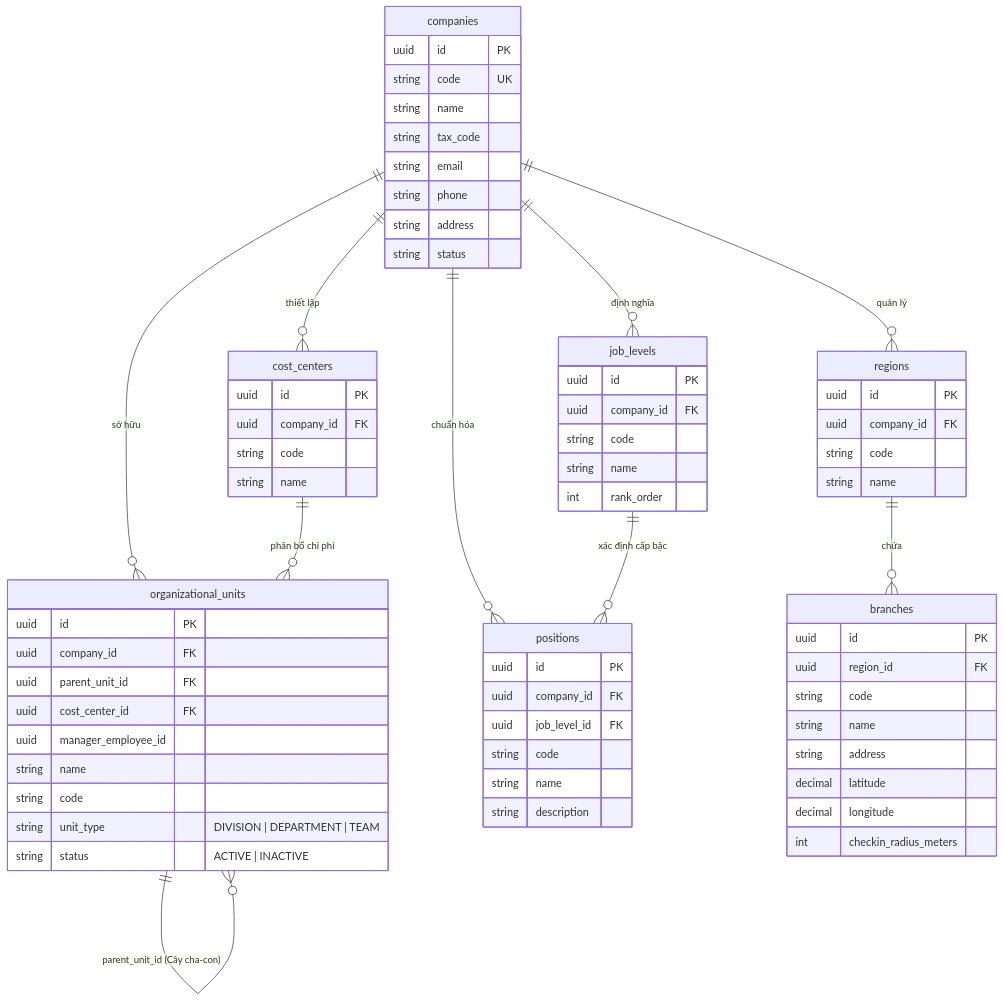
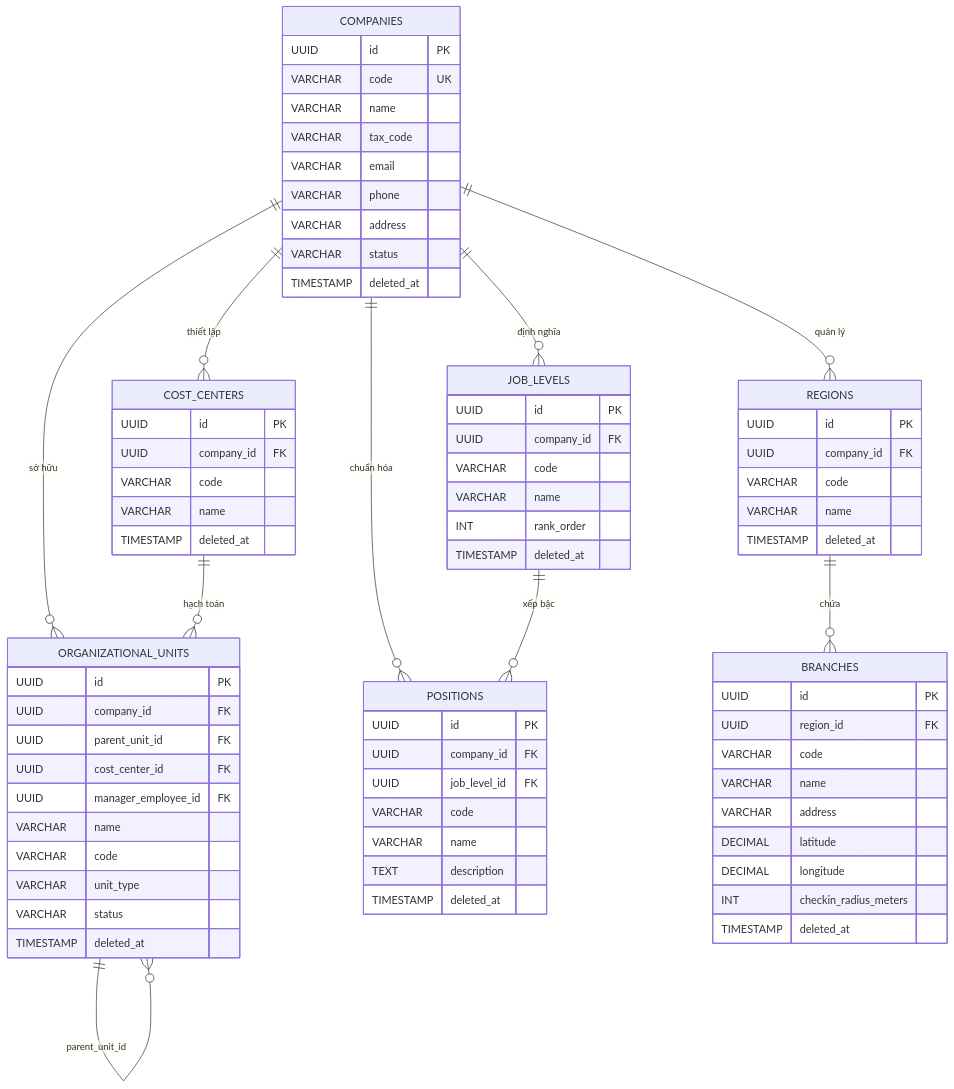
One commit to henruysun2511/cyclosa_backend changed the first of 2 diagrams in docs/ba/co-cau-to-chuc.md. Above: the diagram before and after it, drawn with Mermaid. The commit also changed other lines of this file and 986 other files, not shown here.

````diff
--- a/docs/ba/co-cau-to-chuc.md
+++ b/docs/ba/co-cau-to-chuc.md
@@ -80,80 +67,84 @@
 ```mermaid
 erDiagram
-    companies ||--o{ organizational_units : "sở hữu"
-    companies ||--o{ regions : "quản lý"
-    companies ||--o{ cost_centers : "thiết lập"
-    companies ||--o{ job_levels : "định nghĩa"
-    companies ||--o{ positions : "chuẩn hóa"
-    
-    regions ||--o{ branches : "chứa"
-    
-    organizational_units ||--o{ organizational_units : "parent_unit_id (Cây cha-con)"
-    cost_centers ||--o{ organizational_units : "phân bổ chi phí"
-    
-    job_levels ||--o{ positions : "xác định cấp bậc"
-    
-    organizational_units {
-        uuid id PK
-        uuid company_id FK
-        uuid parent_unit_id FK
-        uuid cost_center_id FK
-        uuid manager_employee_id
-        string name
-        string code
-        string unit_type "DIVISION | DEPARTMENT | TEAM"
-        string status "ACTIVE | INACTIVE"
+    COMPANIES ||--o{ ORGANIZATIONAL_UNITS : "sở hữu"
+    COMPANIES ||--o{ REGIONS : "quản lý"
+    COMPANIES ||--o{ COST_CENTERS : "thiết lập"
+    COMPANIES ||--o{ JOB_LEVELS : "định nghĩa"
+    COMPANIES ||--o{ POSITIONS : "chuẩn hóa"
+    REGIONS ||--o{ BRANCHES : "chứa"
+    ORGANIZATIONAL_UNITS ||--o{ ORGANIZATIONAL_UNITS : "parent_unit_id"
+    COST_CENTERS ||--o{ ORGANIZATIONAL_UNITS : "hạch toán"
+    JOB_LEVELS ||--o{ POSITIONS : "xếp bậc"
+
+    COMPANIES {
+        UUID id PK
+        VARCHAR code UK
+        VARCHAR name
+        VARCHAR tax_code
+        VARCHAR email
+        VARCHAR phone
+        VARCHAR address
+        VARCHAR status
+        TIMESTAMP deleted_at
     }
 
-    companies {
-        uuid id PK
-        string code UK
-        string name
-        string tax_code
-        string email
-        string phone
-        string address
-        string status
+    ORGANIZATIONAL_UNITS {
+        UUID id PK
+        UUID company_id FK
+        UUID parent_unit_id FK
+        UUID cost_center_id FK
+        UUID manager_employee_id FK
+        VARCHAR name
+        VARCHAR code
+        VARCHAR unit_type
+        VARCHAR status
+        TIMESTAMP deleted_at
     }
 
-    regions {
-        uuid id PK
-        uuid company_id FK
-        string code
-        string name
+    REGIONS {
+        UUID id PK
+        UUID company_id FK
+        VARCHAR code
+        VARCHAR name
+        TIMESTAMP deleted_at
     }
 
-    branches {
-        uuid id PK
-        uuid region_id FK
-        string code
-        string name
-        string address
-        decimal latitude
-        decimal longitude
-        int checkin_radius_meters
+    BRANCHES {
+        UUID id PK
+        UUID region_id FK
+        VARCHAR code
+        VARCHAR name
+        VARCHAR address
+        DECIMAL latitude
+        DECIMAL longitude
+        INT checkin_radius_meters
+        TIMESTAMP deleted_at
     }
 
-    job_levels {
-        uuid id PK
-        uuid company_id FK
-        string code
-        string name
-        int rank_order
+    JOB_LEVELS {
+        UUID id PK
+        UUID company_id FK
+        VARCHAR code
+        VARCHAR name
+        INT rank_order
+        TIMESTAMP deleted_at
     }
 
-    positions {
-        uuid id PK
-        uuid company_id FK
-        uuid job_level_id FK
-        string code
-        string name
-        string description
+    POSITIONS {
+        UUID id PK
+        UUID company_id FK
+        UUID job_level_id FK
+        VARCHAR code
+        VARCHAR name
+        TEXT description
+        TIMESTAMP deleted_at
     }
 
-    cost_centers {
-        uuid id PK
-        uuid company_id FK
-        string code
-        string name
+    COST_CENTERS {
+        UUID id PK
+        UUID company_id FK
+        VARCHAR code
+        VARCHAR name
+        TIMESTAMP deleted_at
     }
 ```
````
